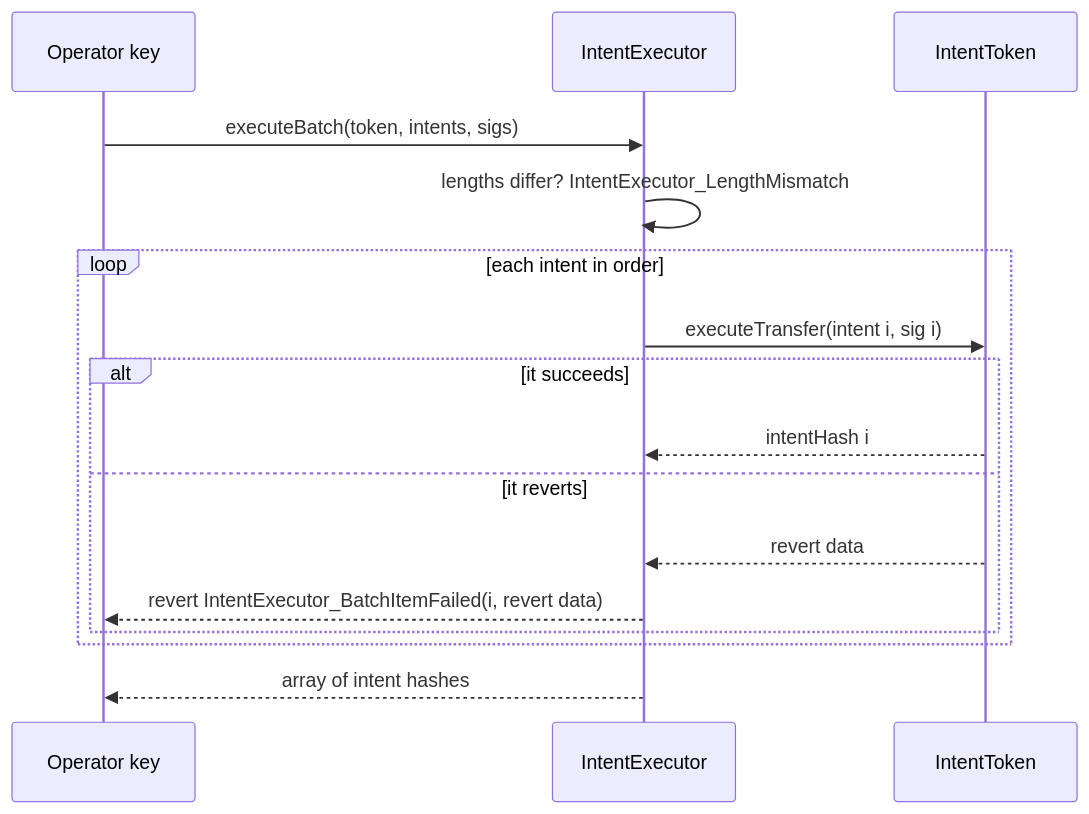
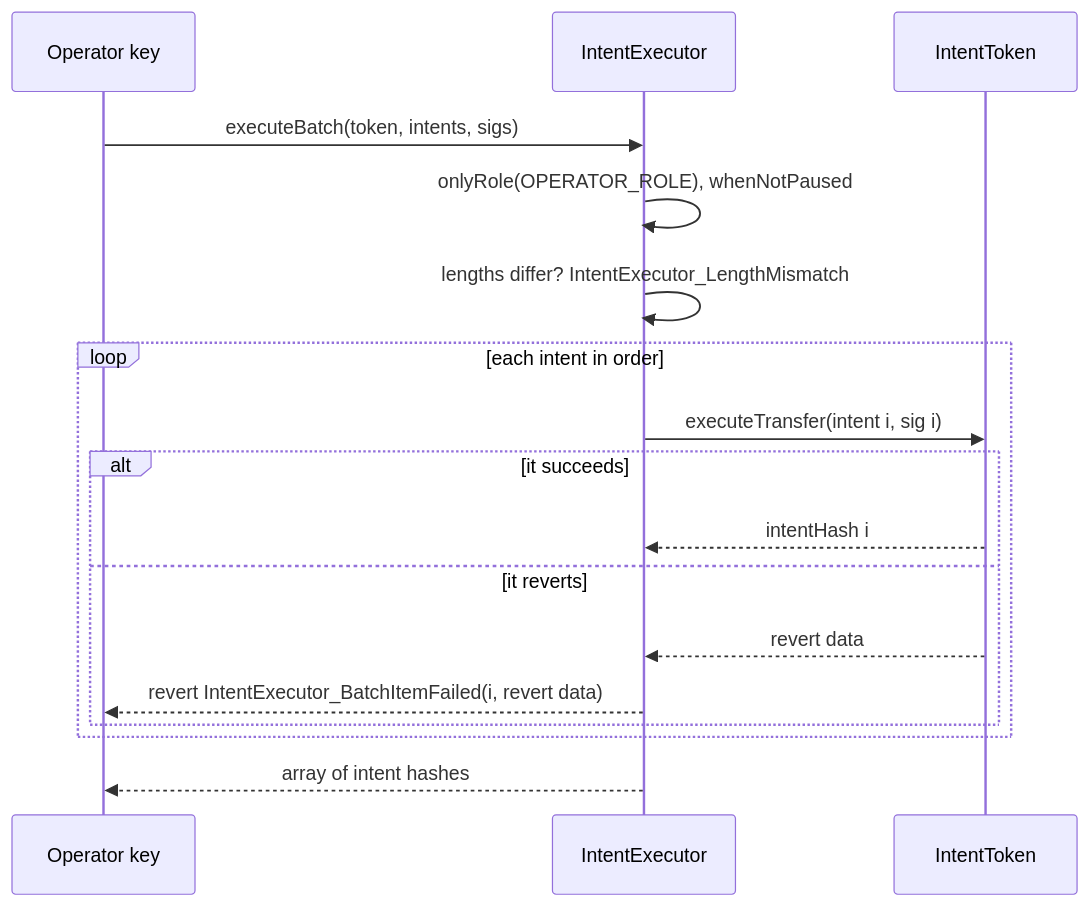
One commit to fepvenancio/rwa-token changed the fourth of 7 diagrams in docs/flows-token.md. Above: the diagram before and after it, drawn with Mermaid. The commit also changed other lines of this file and 7 other files, not shown here.

````diff
--- a/docs/flows-token.md
+++ b/docs/flows-token.md
@@ -143,18 +143,19 @@
 ```mermaid
 sequenceDiagram
   participant Op as Operator key
   participant Ex as IntentExecutor
   participant T as IntentToken
   Op->>Ex: executeBatch(token, intents, sigs)
+  Ex->>Ex: onlyRole(OPERATOR_ROLE), whenNotPaused
   Ex->>Ex: lengths differ? IntentExecutor_LengthMismatch
   loop each intent in order
     Ex->>T: executeTransfer(intent i, sig i)
     alt it succeeds
       T-->>Ex: intentHash i
     else it reverts
       T-->>Ex: revert data
       Ex-->>Op: revert IntentExecutor_BatchItemFailed(i, revert data)
     end
   end
   Ex-->>Op: array of intent hashes
 ```
````
